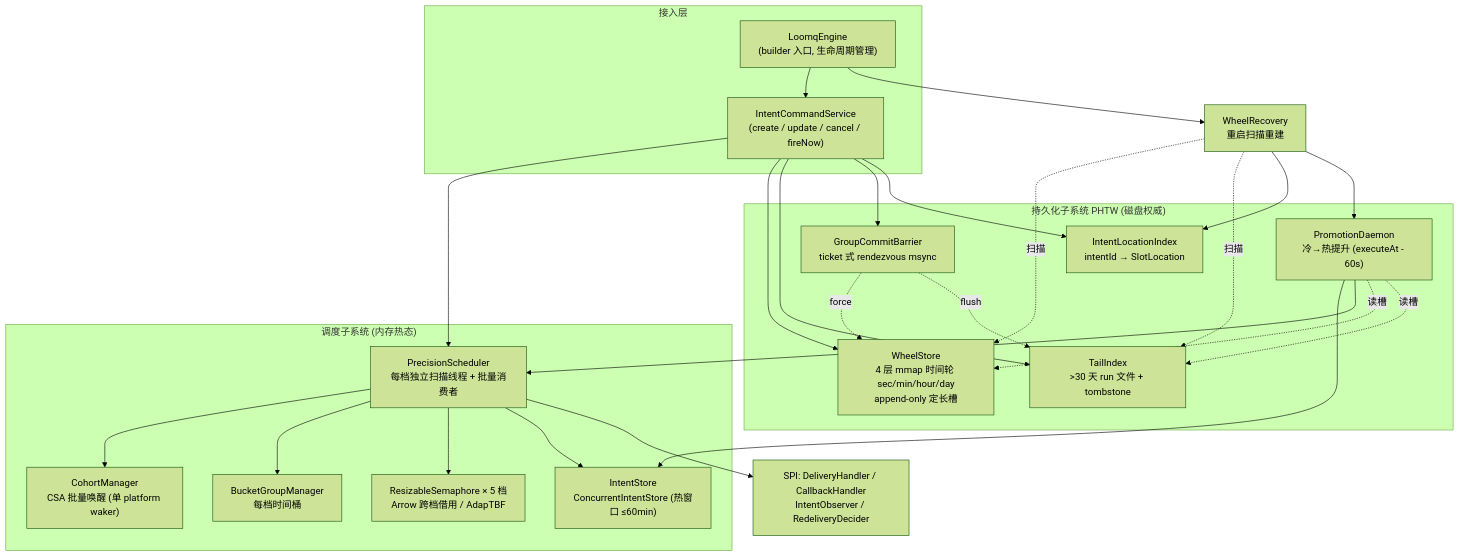
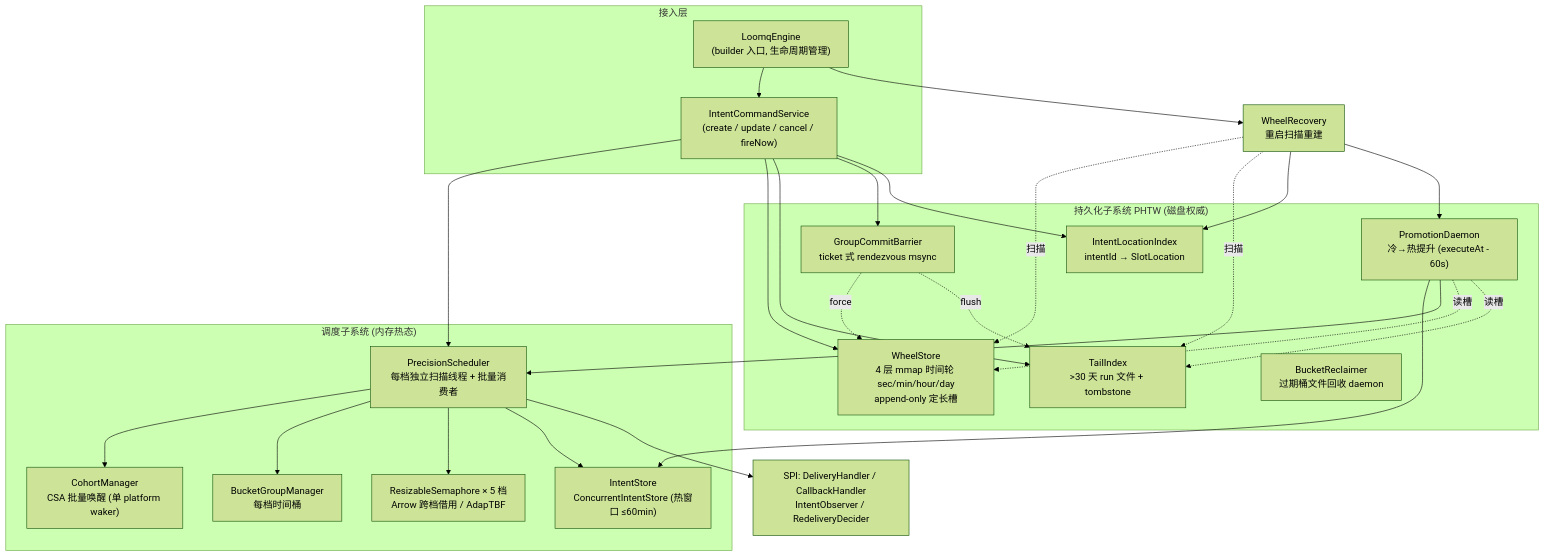
The first of 2 diagrams in docs/development/ARCHITECTURE.md (loomq/loomq), drawn with Mermaid (forest theme) before and after one commit. The commit also changed other lines of this file and 17 other files, not shown here.

````diff
--- a/docs/development/ARCHITECTURE.md
+++ b/docs/development/ARCHITECTURE.md
@@ -25,49 +25,50 @@
 ```mermaid
 flowchart TB
     subgraph Entry["接入层"]
         Engine["LoomqEngine<br/>(builder 入口, 生命周期管理)"]
         Cmd["IntentCommandService<br/>(create / update / cancel / fireNow)"]
     end
 
     subgraph Sched["调度子系统 (内存热态)"]
         PS["PrecisionScheduler<br/>每档独立扫描线程 + 批量消费者"]
         Cohort["CohortManager<br/>CSA 批量唤醒 (单 platform waker)"]
         BGM["BucketGroupManager<br/>每档时间桶"]
         Sem["ResizableSemaphore × 5 档<br/>Arrow 跨档借用 / AdapTBF"]
         Store["IntentStore<br/>ConcurrentIntentStore (热窗口 ≤60min)"]
     end
 
     subgraph PHTW["持久化子系统 PHTW (磁盘权威)"]
         Wheel["WheelStore<br/>4 层 mmap 时间轮 sec/min/hour/day<br/>append-only 定长槽"]
         Tail["TailIndex<br/>>30 天 run 文件 + tombstone"]
         GCB["GroupCommitBarrier<br/>ticket 式 rendezvous msync"]
         Idx["IntentLocationIndex<br/>intentId → SlotLocation"]
         PD["PromotionDaemon<br/>冷→热提升 (executeAt - 60s)"]
+        BR["BucketReclaimer<br/>过期桶文件回收 daemon"]
     end
 
     Recovery["WheelRecovery<br/>重启扫描重建"]
     SPI["SPI: DeliveryHandler / CallbackHandler<br/>IntentObserver / RedeliveryDecider"]
 
     Engine --> Cmd
     Engine --> Recovery
     Cmd --> PS
     Cmd --> Wheel
     Cmd --> Tail
     Cmd --> GCB
     Cmd --> Idx
     PS --> Cohort
     PS --> BGM
     PS --> Sem
     PS --> Store
     PS --> SPI
     PD --> Store
     PD --> PS
     PD -.读槽.-> Wheel
     PD -.读槽.-> Tail
     GCB -.force.-> Wheel
     GCB -.flush.-> Tail
     Recovery -.扫描.-> Wheel
     Recovery -.扫描.-> Tail
     Recovery --> Idx
     Recovery --> PD
 ```
````
